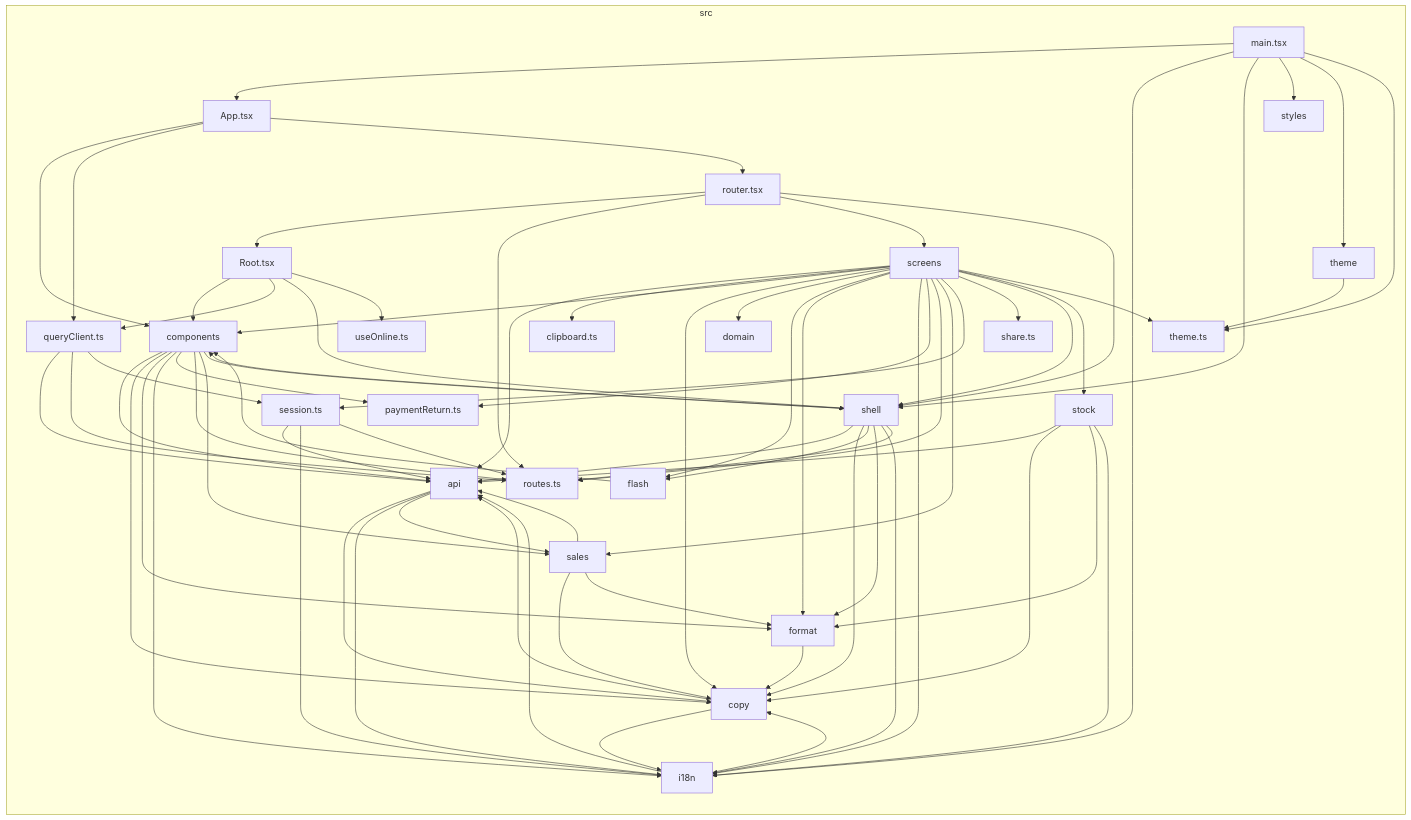
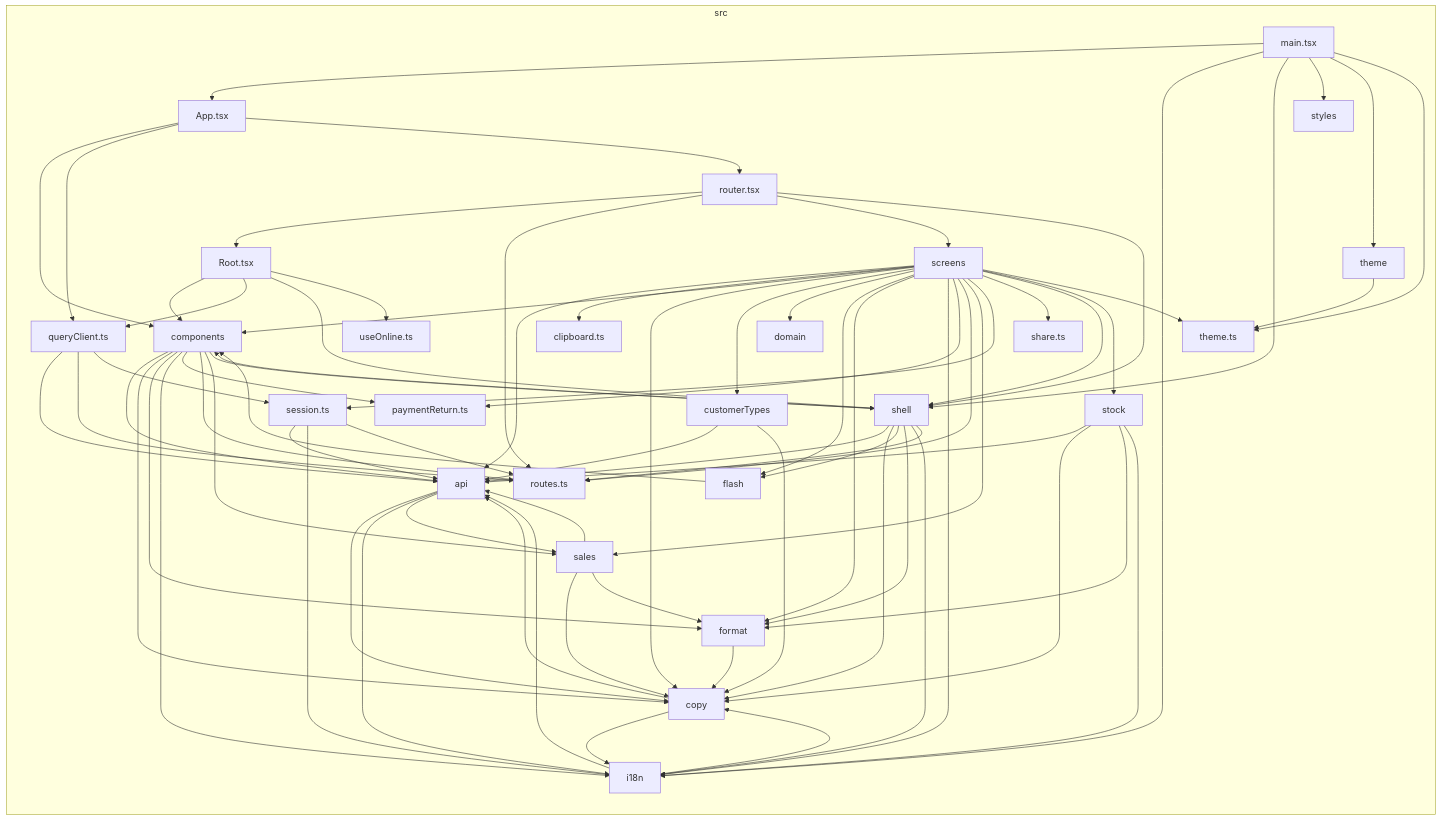
The diagram in docs/architecture/generated/front-modules/overview.md (GonzaloZevallos/apostrophe), drawn with Mermaid before and after one commit. The commit also changed 4 other files, not shown here.

Commit message:
Regenerate the front module docs for the customer types folder

```diff
--- a/docs/architecture/generated/front-modules/overview.md
+++ b/docs/architecture/generated/front-modules/overview.md
@@ -13,6 +13,7 @@
   src_clipboard_ts["clipboard.ts"]
   src_components["components"]
   src_copy["copy"]
+  src_customerTypes["customerTypes"]
   src_domain["domain"]
   src_flash["flash"]
   src_format["format"]
@@ -53,6 +54,8 @@
 src_components-->src_shell
 src_copy-->src_api
 src_copy-->src_i18n
+src_customerTypes-->src_api
+src_customerTypes-->src_copy
 src_flash-->src_components
 src_format-->src_copy
 src_i18n-->src_api
@@ -77,6 +80,7 @@
 src_screens-->src_clipboard_ts
 src_screens-->src_components
 src_screens-->src_copy
+src_screens-->src_customerTypes
 src_screens-->src_domain
 src_screens-->src_flash
 src_screens-->src_format
```
